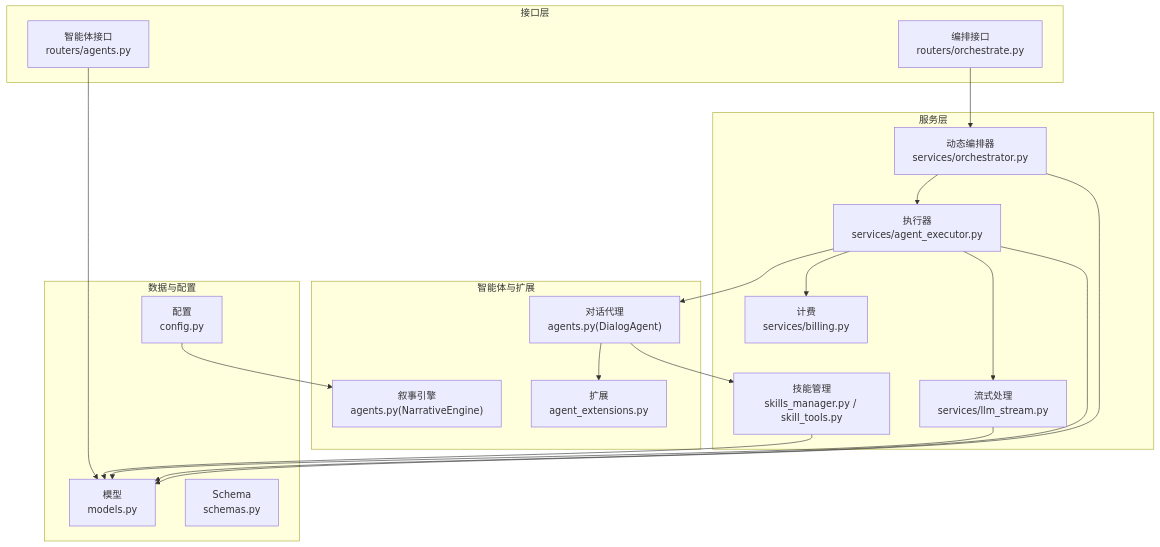
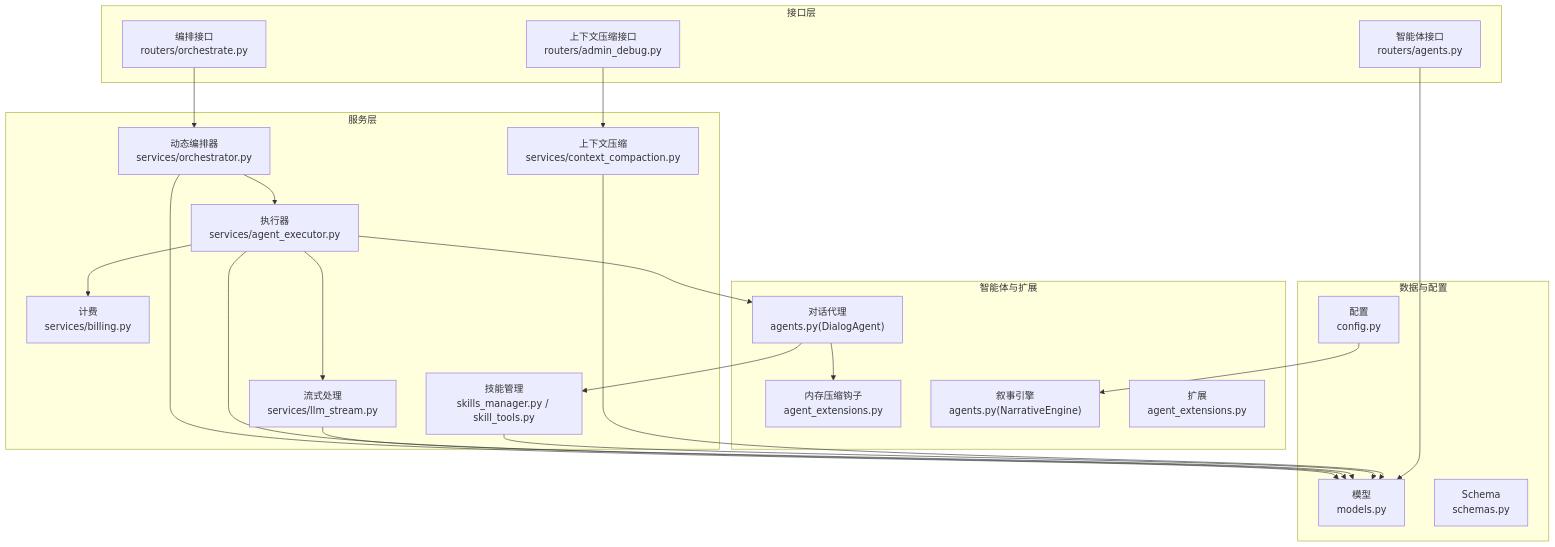
Before and after one commit to KunLabAI/KunFlix: the second of 9 diagrams in .qoder/repowiki/zh/content/AI智能体系统/AI智能体系统.md, drawn with Mermaid. The commit also changed other lines of this file and 14 other files, not shown here.

First line of the commit message:
feat(context_compaction): 新增智能上下文压缩功能

````diff
--- a/.qoder/repowiki/zh/content/AI智能体系统/AI智能体系统.md
+++ b/.qoder/repowiki/zh/content/AI智能体系统/AI智能体系统.md
@@ -98,37 +110,42 @@
 ```mermaid
 graph TB
 subgraph "接口层"
 OR["编排接口<br/>routers/orchestrate.py"]
 AR["智能体接口<br/>routers/agents.py"]
+CD["上下文压缩接口<br/>routers/admin_debug.py"]
 end
 subgraph "服务层"
 DO["动态编排器<br/>services/orchestrator.py"]
 AE["执行器<br/>services/agent_executor.py"]
 LS["流式处理<br/>services/llm_stream.py"]
 BM["计费<br/>services/billing.py"]
 SM["技能管理<br/>skills_manager.py / skill_tools.py"]
+CC["上下文压缩<br/>services/context_compaction.py"]
 end
 subgraph "智能体与扩展"
 DA["对话代理<br/>agents.py(DialogAgent)"]
+MCH["内存压缩钩子<br/>agent_extensions.py"]
 NE["叙事引擎<br/>agents.py(NarrativeEngine)"]
 AE1["扩展<br/>agent_extensions.py"]
 end
 subgraph "数据与配置"
 M["模型<br/>models.py"]
 S["Schema<br/>schemas.py"]
 C["配置<br/>config.py"]
 end
 OR --> DO
 DO --> AE
 AE --> DA
 AE --> LS
 AE --> BM
 DA --> SM
-DA --> AE1
+DA --> MCH
 DO --> M
 AE --> M
 LS --> M
 SM --> M
+CC --> M
+CD --> CC
 AR --> M
 C --> NE
 ```
````
